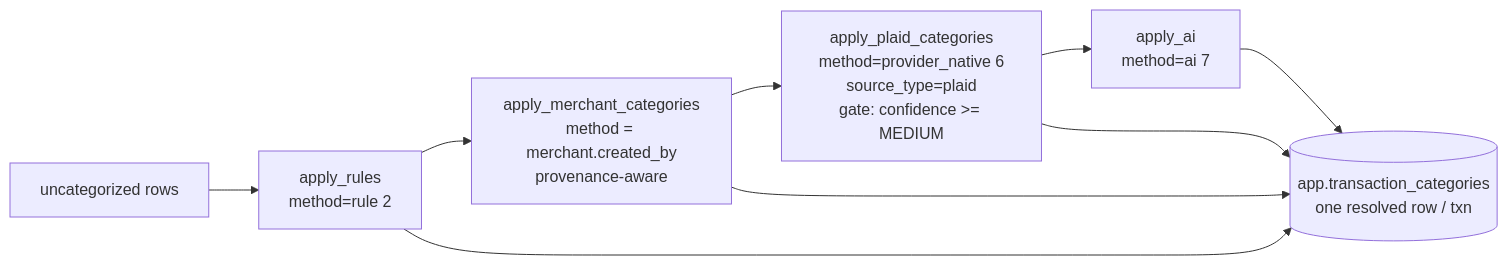
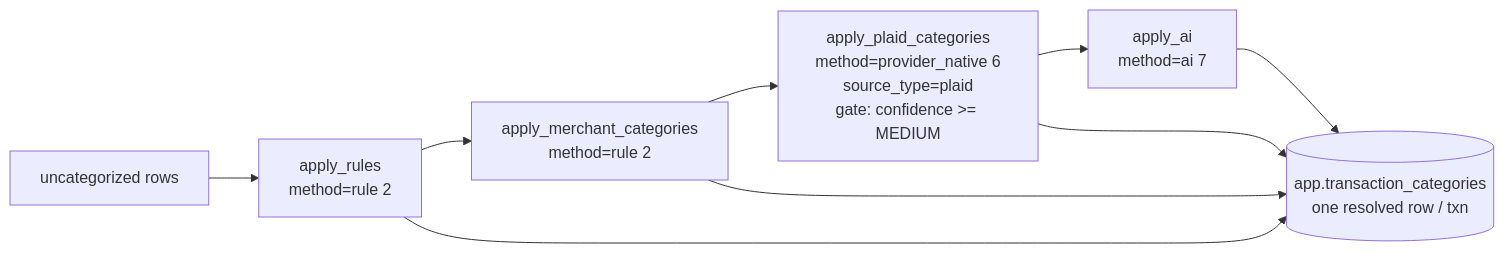
Before and after one commit to bsaffel/moneybin: the diagram in docs/specs/categorization-source-model.md, drawn with Mermaid. The commit also changed other lines of this file and 15 other files, not shown here.

First line of the commit message:
Enforce source-precedence across runs; revert merchant provenance stamp

````diff
--- a/docs/specs/categorization-source-model.md
+++ b/docs/specs/categorization-source-model.md
@@ -223,11 +253,11 @@
 ```mermaid
 flowchart LR
     U[uncategorized rows] --> R[apply_rules<br/>method=rule 2]
-    R --> M[apply_merchant_categories<br/>method = merchant.created_by<br/>provenance-aware]
+    R --> M[apply_merchant_categories<br/>method=rule 2]
     M --> P[apply_plaid_categories<br/>method=provider_native 6<br/>source_type=plaid<br/>gate: confidence >= MEDIUM]
     P --> A[apply_ai<br/>method=ai 7]
     A --> G[(app.transaction_categories<br/>one resolved row / txn)]
     R --> G
     M --> G
     P --> G
 ```
````
